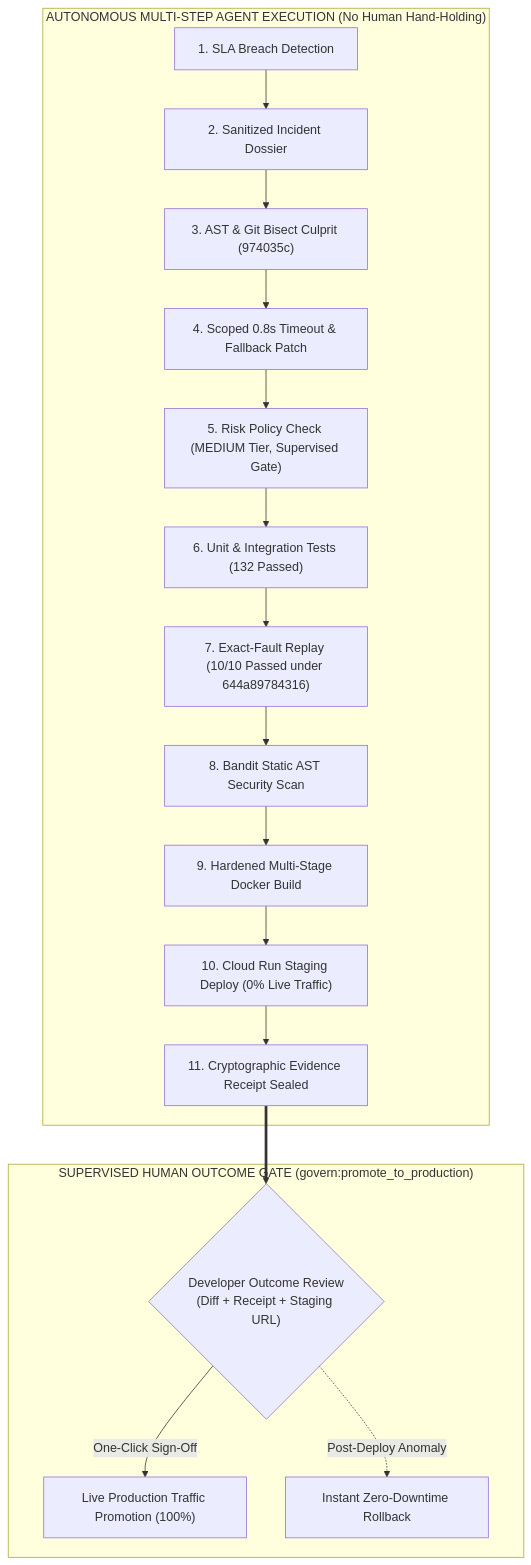
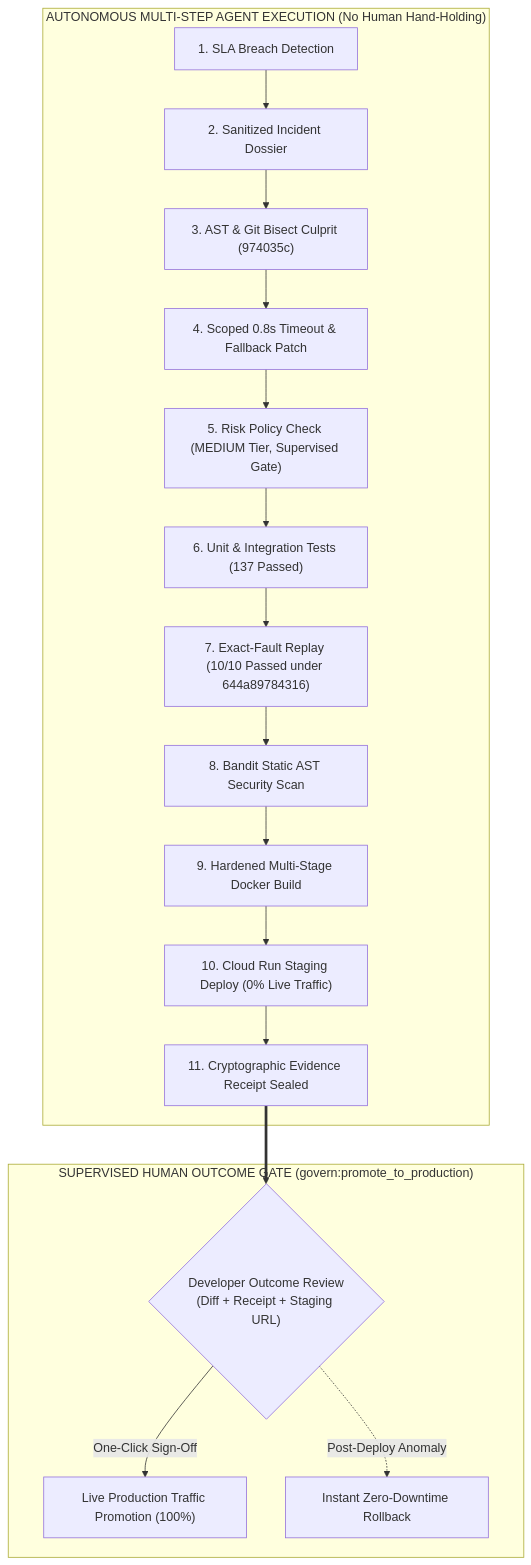
The first of 2 diagrams in README.md (rajpriyanid-creator/faultforge), drawn with Mermaid before and after one commit. The commit also changed other lines of this file and 13 other files, not shown here.

````diff
--- a/README.md
+++ b/README.md
@@ -55,21 +55,21 @@
 ```mermaid
 flowchart TD
     subgraph AutonomousExecution["AUTONOMOUS MULTI-STEP AGENT EXECUTION (No Human Hand-Holding)"]
         G1["1. SLA Breach Detection"] --> G2["2. Sanitized Incident Dossier"]
         G2 --> G3["3. AST & Git Bisect Culprit (974035c)"]
         G3 --> G4["4. Scoped 0.8s Timeout & Fallback Patch"]
         G4 --> G5["5. Risk Policy Check (MEDIUM Tier, Supervised Gate)"]
-        G5 --> G6["6. Unit & Integration Tests (132 Passed)"]
+        G5 --> G6["6. Unit & Integration Tests (137 Passed)"]
         G6 --> G7["7. Exact-Fault Replay (10/10 Passed under 644a89784316)"]
         G7 --> G8["8. Bandit Static AST Security Scan"]
         G8 --> G9["9. Hardened Multi-Stage Docker Build"]
         G9 --> G10["10. Cloud Run Staging Deploy (0% Live Traffic)"]
         G10 --> G11["11. Cryptographic Evidence Receipt Sealed"]
     end
 
     subgraph SupervisedGate["SUPERVISED HUMAN OUTCOME GATE (govern:promote_to_production)"]
         G11 ==> H{"Developer Outcome Review<br/>(Diff + Receipt + Staging URL)"}
         H -->|One-Click Sign-Off| P["Live Production Traffic Promotion (100%)"]
         H -.->|Post-Deploy Anomaly| R["Instant Zero-Downtime Rollback"]
     end
 ```
````
